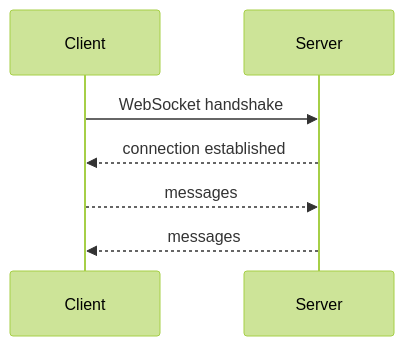
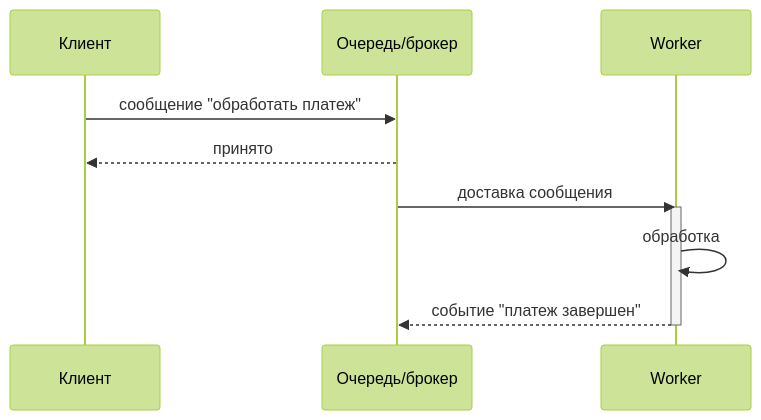
The third of 10 diagrams in lectures/Lec10/vitepress.md (Kert0n/KPO), drawn with Mermaid (forest theme) before and after one commit. The commit also changed other lines of this file and 9 other files, not shown here.

````diff
--- a/lectures/Lec10/vitepress.md
+++ b/lectures/Lec10/vitepress.md
@@ -26,9 +115,13 @@
 ```mermaid
 sequenceDiagram
-    participant C as Client
-    participant S as Server
-    C->>S: WebSocket handshake
-    S-->>C: connection established
-    C-->>S: messages
-    S-->>C: messages
+    participant Client as Клиент
+    participant Bus as Очередь/брокер
+    participant Worker as Worker
+    Client->>Bus: сообщение "обработать платеж"
+    Bus-->>Client: принято
+    Bus->>Worker: доставка сообщения
+    activate Worker
+    Worker->>Worker: обработка
+    Worker-->>Bus: событие "платеж завершен"
+    deactivate Worker
 ```
````
